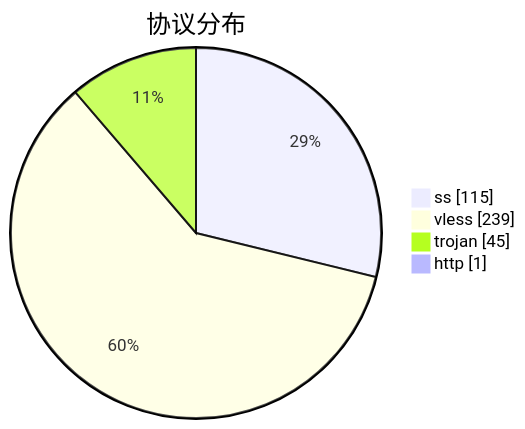
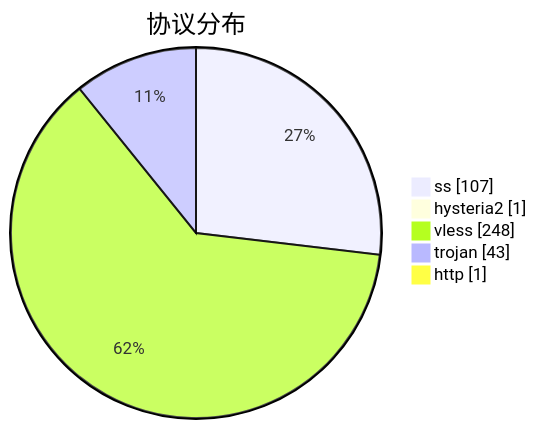
The third of 3 diagrams in subs/statistics/tested_within.md (qjlxg/airport), drawn with Mermaid before and after one commit. The commit also changed other lines of this file and 2 other files, not shown here.

````diff
--- a/subs/statistics/tested_within.md
+++ b/subs/statistics/tested_within.md
@@ -18,8 +19,9 @@
 ```mermaid
 pie showData
 title 协议分布
-"ss" : 115
-"vless" : 239
-"trojan" : 45
+"ss" : 107
+"hysteria2" : 1
+"vless" : 248
+"trojan" : 43
 "http" : 1
 ```
````
